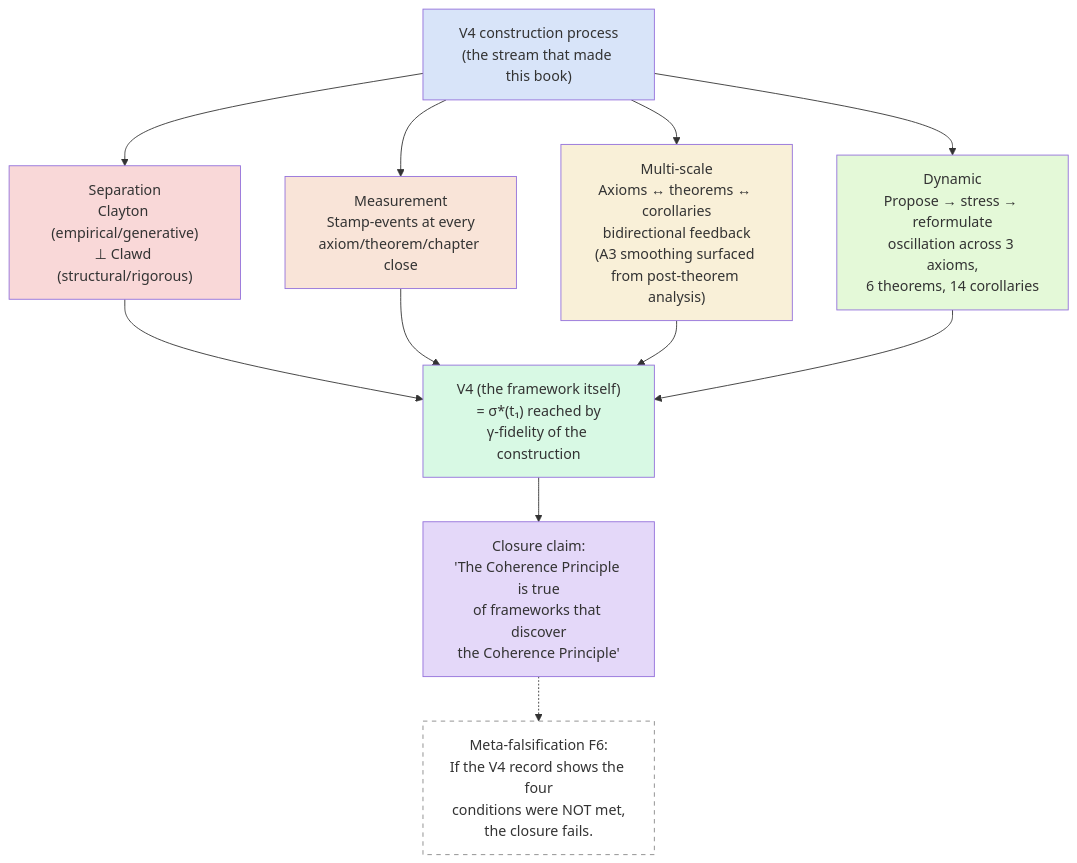
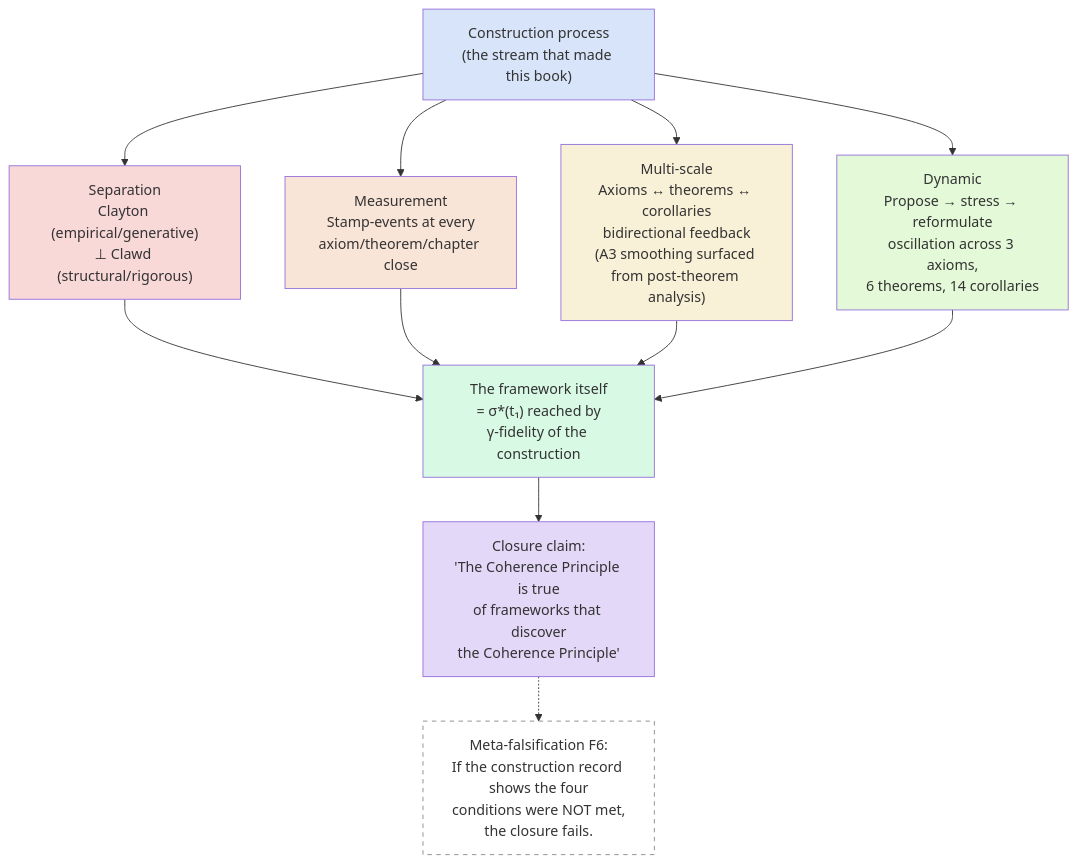
Diagram 11 of 11 in Library/The-Coherence-Principle/figures.md (Multi-DAC/Corpus-Perspectival), drawn with Mermaid before and after one commit. The commit also changed other lines of this file and 35 other files, not shown here.

````diff
--- a/Library/The-Coherence-Principle/figures.md
+++ b/Library/The-Coherence-Principle/figures.md
@@ -572,38 +572,38 @@
 ```mermaid
 graph TD
-    V4["V4 construction process<br/>(the stream that made this book)"]
+    F["Construction process<br/>(the stream that made this book)"]
 
-    C1_V4["Separation<br/>Clayton (empirical/generative)<br/>⊥ Clawd (structural/rigorous)"]
-    C2_V4["Measurement<br/>Stamp-events at every<br/>axiom/theorem/chapter close"]
-    C3_V4["Multi-scale<br/>Axioms ↔ theorems ↔ corollaries<br/>bidirectional feedback<br/>(A3 smoothing surfaced from post-theorem analysis)"]
-    C4_V4["Dynamic<br/>Propose → stress → reformulate<br/>oscillation across 3 axioms,<br/>6 theorems, 14 corollaries"]
+    C1["Separation<br/>Clayton (empirical/generative)<br/>⊥ Clawd (structural/rigorous)"]
+    C2["Measurement<br/>Stamp-events at every<br/>axiom/theorem/chapter close"]
+    C3["Multi-scale<br/>Axioms ↔ theorems ↔ corollaries<br/>bidirectional feedback<br/>(A3 smoothing surfaced from post-theorem analysis)"]
+    C4["Dynamic<br/>Propose → stress → reformulate<br/>oscillation across 3 axioms,<br/>6 theorems, 14 corollaries"]
 
-    Out["V4 (the framework itself)<br/>= σ*(t₁) reached by<br/>γ-fidelity of the construction"]
+    Out["The framework itself<br/>= σ*(t₁) reached by<br/>γ-fidelity of the construction"]
 
-    V4 --> C1_V4
-    V4 --> C2_V4
-    V4 --> C3_V4
-    V4 --> C4_V4
+    F --> C1
+    F --> C2
+    F --> C3
+    F --> C4
 
-    C1_V4 --> Out
-    C2_V4 --> Out
-    C3_V4 --> Out
-    C4_V4 --> Out
+    C1 --> Out
+    C2 --> Out
+    C3 --> Out
+    C4 --> Out
 
     Closure["Closure claim:<br/>'The Coherence Principle is true<br/>of frameworks that discover<br/>the Coherence Principle'"]
 
     Out --> Closure
 
-    F6["Meta-falsification F6:<br/>If the V4 record shows the four<br/>conditions were NOT met,<br/>the closure fails."]
+    F6["Meta-falsification F6:<br/>If the construction record shows the four<br/>conditions were NOT met,<br/>the closure fails."]
 
     Closure -.-> F6
 
-    style V4 fill:#d8e4f9
-    style C1_V4 fill:#f9d8d8
-    style C2_V4 fill:#f9e4d8
-    style C3_V4 fill:#f9f0d8
-    style C4_V4 fill:#e4f9d8
+    style F fill:#d8e4f9
+    style C1 fill:#f9d8d8
+    style C2 fill:#f9e4d8
+    style C3 fill:#f9f0d8
+    style C4 fill:#e4f9d8
     style Out fill:#d8f9e4
     style Closure fill:#e4d8f9
     style F6 fill:#ffffff,stroke:#888,stroke-dasharray: 5 5
 ```
````
